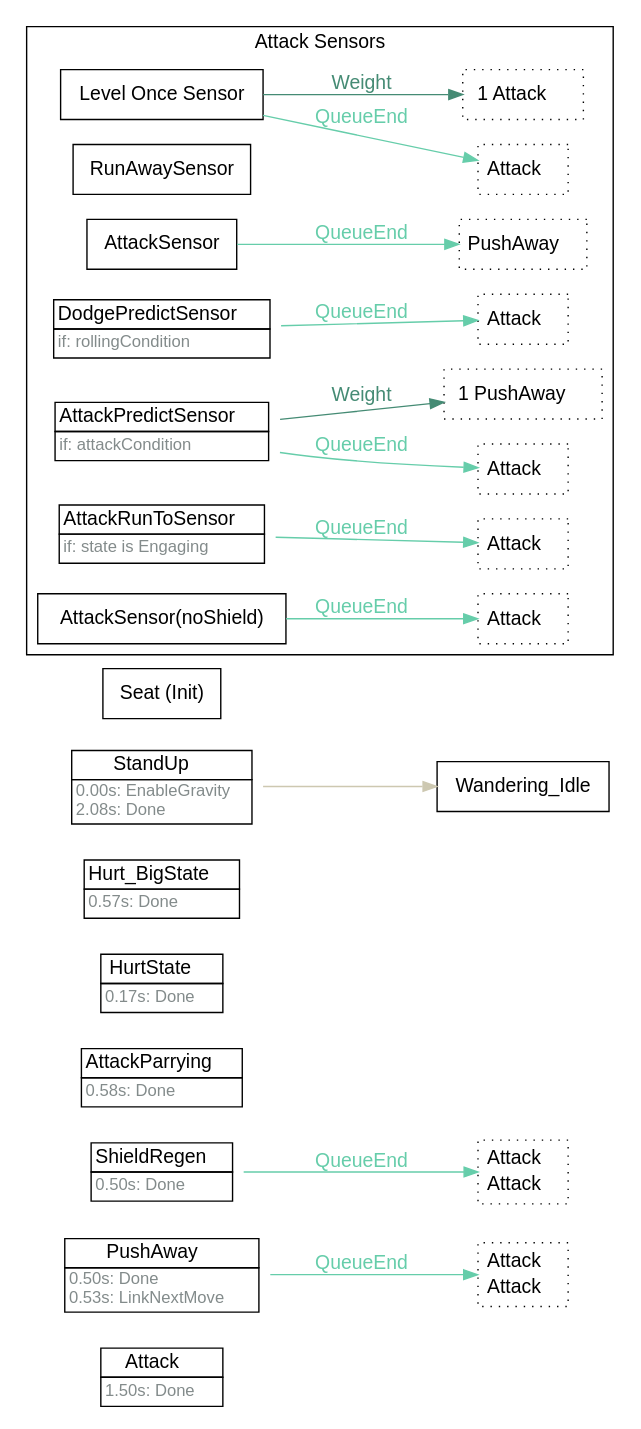
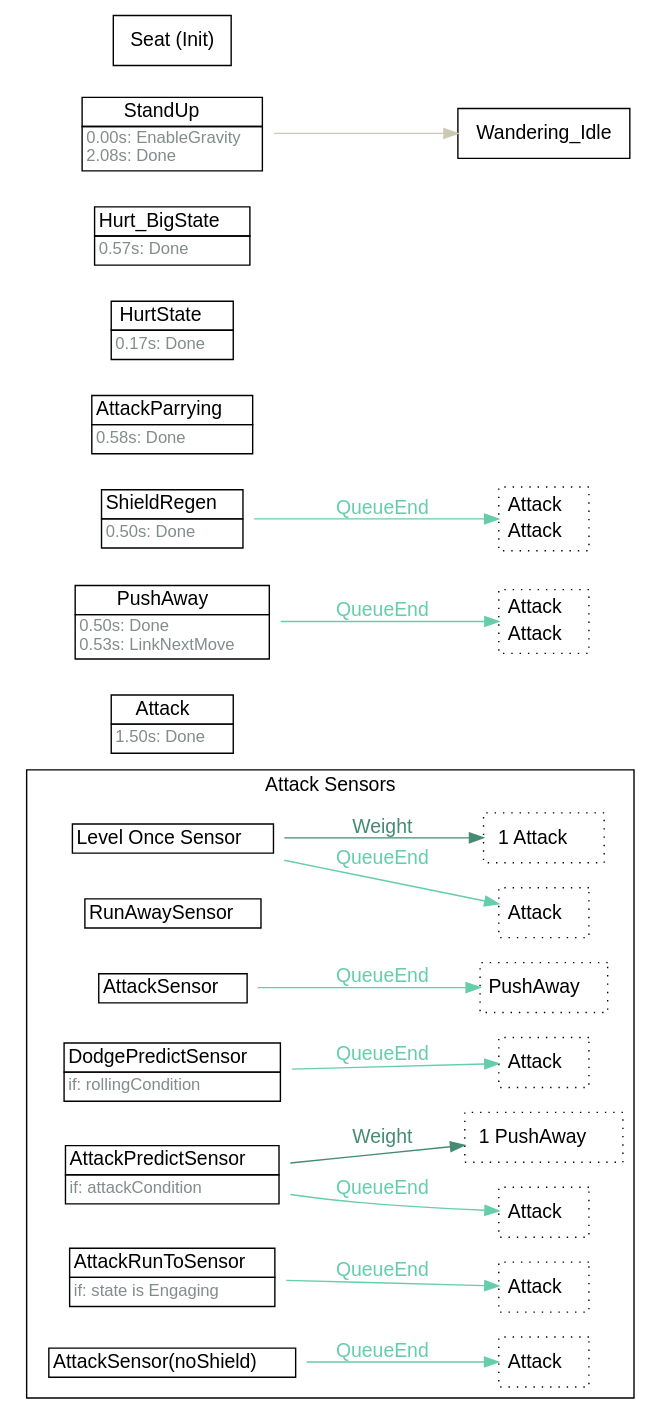
Before and after one commit to nine-sols-modding/StateDump: the diagram in Attacks/Boss/Shield Bot Giant/data.dot, drawn with Graphviz. The commit also changed 463 other files, not shown here.

```diff
--- a/Attacks/Boss/Shield Bot Giant/data.dot
+++ b/Attacks/Boss/Shield Bot Giant/data.dot
@@ -1,50 +1,50 @@
 strict digraph "Foo" {
 	"rankdir"="LR";
-	node ["shape"="box", "fontname"="Helvetica"];
+	node ["shape"="box","fontname"="Helvetica"];
 	edge ["fontname"="Helvetica"];
-	"Attack" ["shape"="plaintext", "label"=<<TABLE border="0" cellborder="1" cellspacing="0" cellpadding="2"><TR><TD >Attack  </TD></TR><TR><TD align="left" balign="left"><FONT point-size="12" color="azure4">1.50s: Done</FONT>  </TD></TR></TABLE>>]
-	"PushAway" ["shape"="plaintext", "label"=<<TABLE border="0" cellborder="1" cellspacing="0" cellpadding="2"><TR><TD >PushAway  </TD></TR><TR><TD align="left" balign="left"><FONT point-size="12" color="azure4">0.50s: Done<br/>0.53s: LinkNextMove</FONT>  </TD></TR></TABLE>>]
-	"PushAway_linked" ["shape"="box", "style"="dotted", "label"=<<TABLE border="0" cellborder="0" cellspacing="0" cellpadding="2"><TR><TD>Attack  </TD></TR><TR><TD>Attack  </TD></TR></TABLE>>, "margin"="0.05"]
-	"PushAway" -> "PushAway_linked"  ["label"="QueueEnd", "color"="aquamarine3", "fontcolor"="aquamarine3"]
-	"ShieldRegen" ["shape"="plaintext", "label"=<<TABLE border="0" cellborder="1" cellspacing="0" cellpadding="2"><TR><TD >ShieldRegen  </TD></TR><TR><TD align="left" balign="left"><FONT point-size="12" color="azure4">0.50s: Done</FONT>  </TD></TR></TABLE>>]
-	"ShieldRegen_linked" ["shape"="box", "style"="dotted", "label"=<<TABLE border="0" cellborder="0" cellspacing="0" cellpadding="2"><TR><TD>Attack  </TD></TR><TR><TD>Attack  </TD></TR></TABLE>>, "margin"="0.05"]
-	"ShieldRegen" -> "ShieldRegen_linked"  ["label"="QueueEnd", "color"="aquamarine3", "fontcolor"="aquamarine3"]
-	"AttackParrying" ["shape"="plaintext", "label"=<<TABLE border="0" cellborder="1" cellspacing="0" cellpadding="2"><TR><TD >AttackParrying  </TD></TR><TR><TD align="left" balign="left"><FONT point-size="12" color="azure4">0.58s: Done</FONT>  </TD></TR></TABLE>>]
-	"HurtState" ["shape"="plaintext", "label"=<<TABLE border="0" cellborder="1" cellspacing="0" cellpadding="2"><TR><TD >HurtState  </TD></TR><TR><TD align="left" balign="left"><FONT point-size="12" color="azure4">0.17s: Done</FONT>  </TD></TR></TABLE>>]
-	"Hurt_BigState" ["shape"="plaintext", "label"=<<TABLE border="0" cellborder="1" cellspacing="0" cellpadding="2"><TR><TD >Hurt_BigState  </TD></TR><TR><TD align="left" balign="left"><FONT point-size="12" color="azure4">0.57s: Done</FONT>  </TD></TR></TABLE>>]
-	"StandUp" ["shape"="plaintext", "label"=<<TABLE border="0" cellborder="1" cellspacing="0" cellpadding="2"><TR><TD >StandUp  </TD></TR><TR><TD align="left" balign="left"><FONT point-size="12" color="azure4">0.00s: EnableGravity<br/>2.08s: Done</FONT>  </TD></TR></TABLE>>]
-	"StandUp" -> "Wandering_Idle"  ["color"="cornsilk3", "fontcolor"="cornsilk3"]
-	"Seat" ["label"="Seat (Init)"]
 	subgraph "cluster_attacksensors" {
 		"rank"="sink";
 		"label"="Attack Sensors";
 		"fontname"="Helvetica";
-		"Level Once Sensor" ["label"="Level Once Sensor"]
-		"Level Once Sensor_linked" ["shape"="box", "style"="dotted", "label"=<<TABLE border="0" cellborder="0" cellspacing="0" cellpadding="2"><TR><TD>Attack  </TD></TR></TABLE>>, "margin"="0.05"]
-		"Level Once Sensor" -> "Level Once Sensor_linked"  ["label"="QueueEnd", "color"="aquamarine3", "fontcolor"="aquamarine3"]
-		"Level Once Sensor_mustuse" ["shape"="box", "style"="dotted", "label"=<<TABLE border="0" cellborder="0" cellspacing="0" cellpadding="2"><TR><TD>1 Attack  </TD></TR></TABLE>>]
-		"Level Once Sensor" -> "Level Once Sensor_mustuse"  ["label"="Weight", "color"="aquamarine4", "fontcolor"="aquamarine4"]
-		"RunAwaySensor" ["label"="RunAwaySensor"]
-		"AttackSensor" ["label"="AttackSensor"]
-		"AttackSensor_linked" ["shape"="box", "style"="dotted", "label"=<<TABLE border="0" cellborder="0" cellspacing="0" cellpadding="2"><TR><TD>Attack  </TD></TR></TABLE>>, "margin"="0.05"]
-		"AttackSensor" -> "AttackSensor_linked"  ["label"="QueueEnd", "color"="aquamarine3", "fontcolor"="aquamarine3"]
-		"DodgePredictSensor" ["shape"="plaintext", "label"=<<TABLE border="0" cellborder="1" cellspacing="0" cellpadding="2"><TR><TD >DodgePredictSensor  </TD></TR><TR><TD align="left" balign="left"><FONT point-size="12" color="azure4">if: rollingCondition</FONT>  </TD></TR></TABLE>>]
-		"DodgePredictSensor_linked" ["shape"="box", "style"="dotted", "label"=<<TABLE border="0" cellborder="0" cellspacing="0" cellpadding="2"><TR><TD>Attack  </TD></TR></TABLE>>, "margin"="0.05"]
-		"DodgePredictSensor" -> "DodgePredictSensor_linked"  ["label"="QueueEnd", "color"="aquamarine3", "fontcolor"="aquamarine3"]
-		"AttackPredictSensor" ["shape"="plaintext", "label"=<<TABLE border="0" cellborder="1" cellspacing="0" cellpadding="2"><TR><TD >AttackPredictSensor  </TD></TR><TR><TD align="left" balign="left"><FONT point-size="12" color="azure4">if: attackCondition</FONT>  </TD></TR></TABLE>>]
-		"AttackPredictSensor_linked" ["shape"="box", "style"="dotted", "label"=<<TABLE border="0" cellborder="0" cellspacing="0" cellpadding="2"><TR><TD>Attack  </TD></TR></TABLE>>, "margin"="0.05"]
-		"AttackPredictSensor" -> "AttackPredictSensor_linked"  ["label"="QueueEnd", "color"="aquamarine3", "fontcolor"="aquamarine3"]
-		"AttackPredictSensor_mustuse" ["shape"="box", "style"="dotted", "label"=<<TABLE border="0" cellborder="0" cellspacing="0" cellpadding="2"><TR><TD>1 PushAway  </TD></TR></TABLE>>]
-		"AttackPredictSensor" -> "AttackPredictSensor_mustuse"  ["label"="Weight", "color"="aquamarine4", "fontcolor"="aquamarine4"]
-		"AttackRunToSensor" ["shape"="plaintext", "label"=<<TABLE border="0" cellborder="1" cellspacing="0" cellpadding="2"><TR><TD >AttackRunToSensor  </TD></TR><TR><TD align="left" balign="left"><FONT point-size="12" color="azure4">if: state is Engaging</FONT>  </TD></TR></TABLE>>]
-		"AttackRunToSensor_linked" ["shape"="box", "style"="dotted", "label"=<<TABLE border="0" cellborder="0" cellspacing="0" cellpadding="2"><TR><TD>Attack  </TD></TR></TABLE>>, "margin"="0.05"]
-		"AttackRunToSensor" -> "AttackRunToSensor_linked"  ["label"="QueueEnd", "color"="aquamarine3", "fontcolor"="aquamarine3"]
-		"AttackSensor" ["label"="AttackSensor"]
-		"AttackSensor_linked" ["shape"="box", "style"="dotted", "label"=<<TABLE border="0" cellborder="0" cellspacing="0" cellpadding="2"><TR><TD>PushAway  </TD></TR></TABLE>>, "margin"="0.05"]
-		"AttackSensor" -> "AttackSensor_linked"  ["label"="QueueEnd", "color"="aquamarine3", "fontcolor"="aquamarine3"]
-		"AttackSensor(noShield)" ["label"="AttackSensor(noShield)"]
-		"AttackSensor(noShield)_linked" ["shape"="box", "style"="dotted", "label"=<<TABLE border="0" cellborder="0" cellspacing="0" cellpadding="2"><TR><TD>Attack  </TD></TR></TABLE>>, "margin"="0.05"]
-		"AttackSensor(noShield)" -> "AttackSensor(noShield)_linked"  ["label"="QueueEnd", "color"="aquamarine3", "fontcolor"="aquamarine3"]
+		"Level Once Sensor" ["shape"="plaintext","label"=<<TABLE border="0" cellspacing="0" cellborder="1" cellpadding="2"><TR><TD>Level Once Sensor  </TD></TR></TABLE>>]
+		"Level Once Sensor_linked" ["shape"="box","style"="dotted","label"=<<TABLE border="0" cellspacing="0" cellborder="0" cellpadding="2"><TR><TD>Attack  </TD></TR></TABLE>>,"margin"="0.05"]
+		"Level Once Sensor" -> "Level Once Sensor_linked"  ["label"="QueueEnd","color"="aquamarine3","fontcolor"="aquamarine3"]
+		"Level Once Sensor_weight" ["shape"="box","style"="dotted","label"=<<TABLE border="0" cellspacing="0" cellborder="0" cellpadding="2"><TR><TD>1 Attack  </TD></TR></TABLE>>]
+		"Level Once Sensor" -> "Level Once Sensor_weight"  ["label"="Weight","color"="aquamarine4","fontcolor"="aquamarine4"]
+		"RunAwaySensor" ["shape"="plaintext","label"=<<TABLE border="0" cellspacing="0" cellborder="1" cellpadding="2"><TR><TD>RunAwaySensor  </TD></TR></TABLE>>]
+		"AttackSensor" ["shape"="plaintext","label"=<<TABLE border="0" cellspacing="0" cellborder="1" cellpadding="2"><TR><TD>AttackSensor  </TD></TR></TABLE>>]
+		"AttackSensor_linked" ["shape"="box","style"="dotted","label"=<<TABLE border="0" cellspacing="0" cellborder="0" cellpadding="2"><TR><TD>Attack  </TD></TR></TABLE>>,"margin"="0.05"]
+		"AttackSensor" -> "AttackSensor_linked"  ["label"="QueueEnd","color"="aquamarine3","fontcolor"="aquamarine3"]
+		"DodgePredictSensor" ["shape"="plaintext","label"=<<TABLE border="0" cellspacing="0" cellborder="1" cellpadding="2"><TR><TD>DodgePredictSensor  </TD></TR><TR><TD align="left" balign="left"><FONT point-size="12" color="azure4">if: rollingCondition</FONT>  </TD></TR></TABLE>>]
+		"DodgePredictSensor_linked" ["shape"="box","style"="dotted","label"=<<TABLE border="0" cellspacing="0" cellborder="0" cellpadding="2"><TR><TD>Attack  </TD></TR></TABLE>>,"margin"="0.05"]
+		"DodgePredictSensor" -> "DodgePredictSensor_linked"  ["label"="QueueEnd","color"="aquamarine3","fontcolor"="aquamarine3"]
+		"AttackPredictSensor" ["shape"="plaintext","label"=<<TABLE border="0" cellspacing="0" cellborder="1" cellpadding="2"><TR><TD>AttackPredictSensor  </TD></TR><TR><TD align="left" balign="left"><FONT point-size="12" color="azure4">if: attackCondition</FONT>  </TD></TR></TABLE>>]
+		"AttackPredictSensor_linked" ["shape"="box","style"="dotted","label"=<<TABLE border="0" cellspacing="0" cellborder="0" cellpadding="2"><TR><TD>Attack  </TD></TR></TABLE>>,"margin"="0.05"]
+		"AttackPredictSensor" -> "AttackPredictSensor_linked"  ["label"="QueueEnd","color"="aquamarine3","fontcolor"="aquamarine3"]
+		"AttackPredictSensor_weight" ["shape"="box","style"="dotted","label"=<<TABLE border="0" cellspacing="0" cellborder="0" cellpadding="2"><TR><TD>1 PushAway  </TD></TR></TABLE>>]
+		"AttackPredictSensor" -> "AttackPredictSensor_weight"  ["label"="Weight","color"="aquamarine4","fontcolor"="aquamarine4"]
+		"AttackRunToSensor" ["shape"="plaintext","label"=<<TABLE border="0" cellspacing="0" cellborder="1" cellpadding="2"><TR><TD>AttackRunToSensor  </TD></TR><TR><TD align="left" balign="left"><FONT point-size="12" color="azure4">if: state is Engaging</FONT>  </TD></TR></TABLE>>]
+		"AttackRunToSensor_linked" ["shape"="box","style"="dotted","label"=<<TABLE border="0" cellspacing="0" cellborder="0" cellpadding="2"><TR><TD>Attack  </TD></TR></TABLE>>,"margin"="0.05"]
+		"AttackRunToSensor" -> "AttackRunToSensor_linked"  ["label"="QueueEnd","color"="aquamarine3","fontcolor"="aquamarine3"]
+		"AttackSensor" ["shape"="plaintext","label"=<<TABLE border="0" cellspacing="0" cellborder="1" cellpadding="2"><TR><TD>AttackSensor  </TD></TR></TABLE>>]
+		"AttackSensor_linked" ["shape"="box","style"="dotted","label"=<<TABLE border="0" cellspacing="0" cellborder="0" cellpadding="2"><TR><TD>PushAway  </TD></TR></TABLE>>,"margin"="0.05"]
+		"AttackSensor" -> "AttackSensor_linked"  ["label"="QueueEnd","color"="aquamarine3","fontcolor"="aquamarine3"]
+		"AttackSensor(noShield)" ["shape"="plaintext","label"=<<TABLE border="0" cellspacing="0" cellborder="1" cellpadding="2"><TR><TD>AttackSensor(noShield)  </TD></TR></TABLE>>]
+		"AttackSensor(noShield)_linked" ["shape"="box","style"="dotted","label"=<<TABLE border="0" cellspacing="0" cellborder="0" cellpadding="2"><TR><TD>Attack  </TD></TR></TABLE>>,"margin"="0.05"]
+		"AttackSensor(noShield)" -> "AttackSensor(noShield)_linked"  ["label"="QueueEnd","color"="aquamarine3","fontcolor"="aquamarine3"]
 	}
 	
+	"Attack" ["shape"="plaintext","label"=<<TABLE border="0" cellspacing="0" cellborder="1" cellpadding="2"><TR><TD>Attack  </TD></TR><TR><TD align="left" balign="left"><FONT point-size="12" color="azure4">1.50s: Done</FONT>  </TD></TR></TABLE>>]
+	"PushAway_linked" ["shape"="box","style"="dotted","label"=<<TABLE border="0" cellspacing="0" cellborder="0" cellpadding="2"><TR><TD>Attack  </TD></TR><TR><TD>Attack  </TD></TR></TABLE>>,"margin"="0.05"]
+	"PushAway" -> "PushAway_linked"  ["label"="QueueEnd","color"="aquamarine3","fontcolor"="aquamarine3"]
+	"PushAway" ["shape"="plaintext","label"=<<TABLE border="0" cellspacing="0" cellborder="1" cellpadding="2"><TR><TD>PushAway  </TD></TR><TR><TD align="left" balign="left"><FONT point-size="12" color="azure4">0.50s: Done<br/>0.53s: LinkNextMove</FONT>  </TD></TR></TABLE>>]
+	"ShieldRegen_linked" ["shape"="box","style"="dotted","label"=<<TABLE border="0" cellspacing="0" cellborder="0" cellpadding="2"><TR><TD>Attack  </TD></TR><TR><TD>Attack  </TD></TR></TABLE>>,"margin"="0.05"]
+	"ShieldRegen" -> "ShieldRegen_linked"  ["label"="QueueEnd","color"="aquamarine3","fontcolor"="aquamarine3"]
+	"ShieldRegen" ["shape"="plaintext","label"=<<TABLE border="0" cellspacing="0" cellborder="1" cellpadding="2"><TR><TD>ShieldRegen  </TD></TR><TR><TD align="left" balign="left"><FONT point-size="12" color="azure4">0.50s: Done</FONT>  </TD></TR></TABLE>>]
+	"AttackParrying" ["shape"="plaintext","label"=<<TABLE border="0" cellspacing="0" cellborder="1" cellpadding="2"><TR><TD>AttackParrying  </TD></TR><TR><TD align="left" balign="left"><FONT point-size="12" color="azure4">0.58s: Done</FONT>  </TD></TR></TABLE>>]
+	"HurtState" ["shape"="plaintext","label"=<<TABLE border="0" cellspacing="0" cellborder="1" cellpadding="2"><TR><TD>HurtState  </TD></TR><TR><TD align="left" balign="left"><FONT point-size="12" color="azure4">0.17s: Done</FONT>  </TD></TR></TABLE>>]
+	"Hurt_BigState" ["shape"="plaintext","label"=<<TABLE border="0" cellspacing="0" cellborder="1" cellpadding="2"><TR><TD>Hurt_BigState  </TD></TR><TR><TD align="left" balign="left"><FONT point-size="12" color="azure4">0.57s: Done</FONT>  </TD></TR></TABLE>>]
+	"StandUp" -> "Wandering_Idle"  ["color"="cornsilk3","fontcolor"="cornsilk3"]
+	"StandUp" ["shape"="plaintext","label"=<<TABLE border="0" cellspacing="0" cellborder="1" cellpadding="2"><TR><TD>StandUp  </TD></TR><TR><TD align="left" balign="left"><FONT point-size="12" color="azure4">0.00s: EnableGravity<br/>2.08s: Done</FONT>  </TD></TR></TABLE>>]
+	"Seat" ["label"="Seat (Init)"]
 }
```
